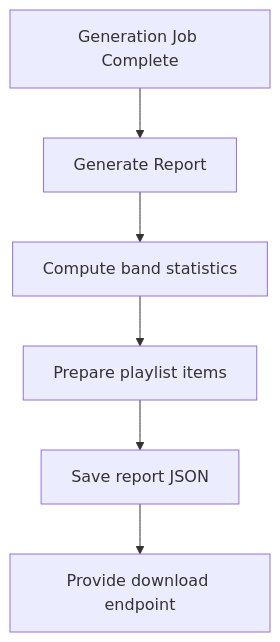
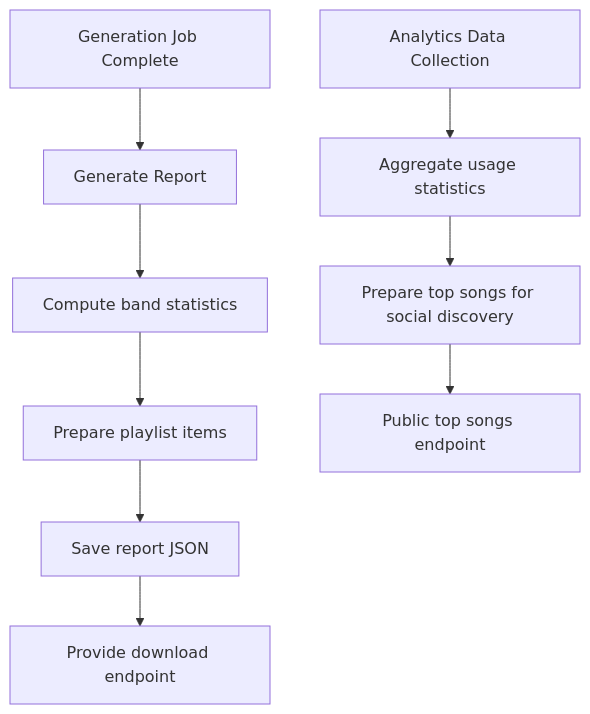
One commit to dkoukoul/kpop-random-dance-generator changed the tenth of 13 diagrams in .qoder/repowiki/en/content/Core Services Architecture/Analytics and Tracking Service.md. Above: the diagram before and after it, drawn with Mermaid. The commit also changed other lines of this file and 3 other files, not shown here.

````diff
--- a/.qoder/repowiki/en/content/Core Services Architecture/Analytics and Tracking Service.md
+++ b/.qoder/repowiki/en/content/Core Services Architecture/Analytics and Tracking Service.md
@@ -379,8 +410,11 @@
 ```mermaid
 flowchart TD
 A["Generation Job Complete"] --> B["Generate Report"]
 B --> C["Compute band statistics"]
 C --> D["Prepare playlist items"]
 D --> E["Save report JSON"]
 E --> F["Provide download endpoint"]
+G["Analytics Data Collection"] --> H["Aggregate usage statistics"]
+H --> I["Prepare top songs for social discovery"]
+I --> J["Public top songs endpoint"]
 ```
````
